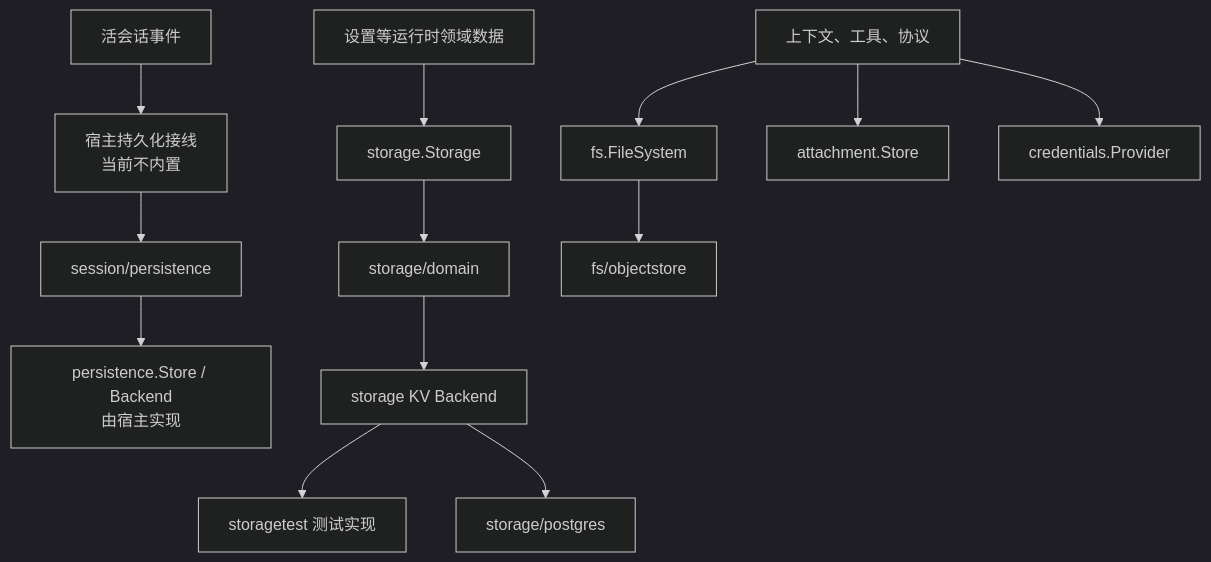
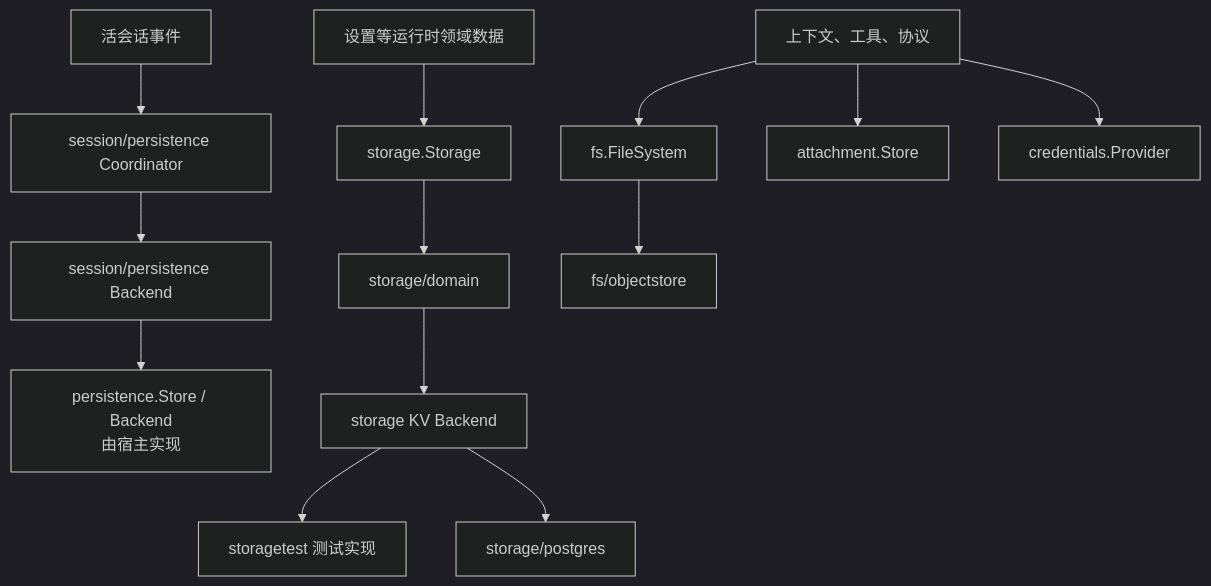
Before and after one commit to snight1983/ds-harness-go: the first of 2 diagrams in docs/modules/storage.md, drawn with Mermaid (dark theme). The commit also changed other lines of this file and 42 other files, not shown here.

````diff
--- a/docs/modules/storage.md
+++ b/docs/modules/storage.md
@@ -7,17 +7,17 @@
 ```mermaid
 flowchart TB
-    Session["活会话事件"] --> Wiring["宿主持久化接线\n当前不内置"]
-    Wiring --> Persistence["session/persistence"]
+    Session["活会话事件"] --> Coordinator["session/persistence Coordinator"]
+    Coordinator --> Persistence["session/persistence Backend"]
     Persistence --> SessionBackend["persistence.Store / Backend\n由宿主实现"]
 
     State["设置等运行时领域数据"] --> Hub["storage.Storage"]
     Hub --> Domain["storage/domain"]
     Domain --> Backend["storage KV Backend"]
     Backend --> Contract["storagetest 测试实现"]
     Backend --> Postgres["storage/postgres"]
 
     Runtime["上下文、工具、协议"] --> FS["fs.FileSystem"]
     FS --> Object["fs/objectstore"]
     Runtime --> Attach["attachment.Store"]
     Runtime --> Creds["credentials.Provider"]
 ```
````
